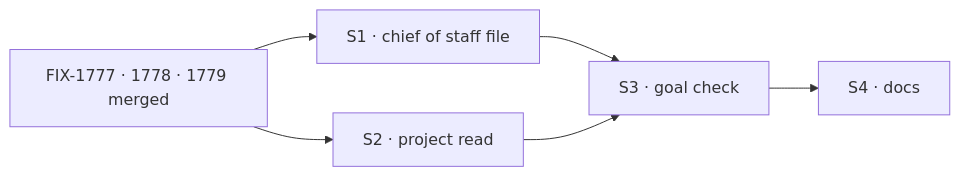
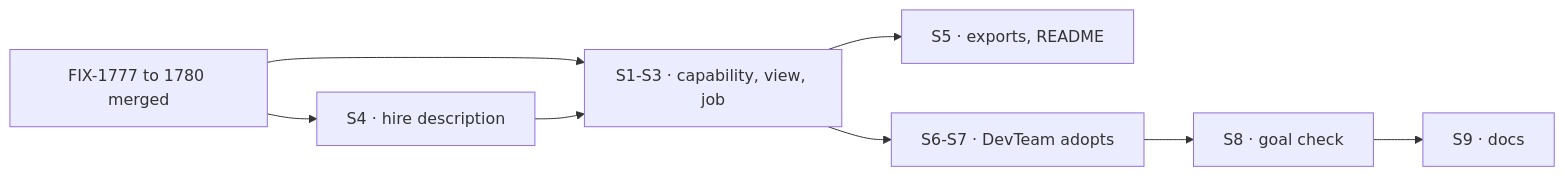
Before and after one commit to fixpoint-labs/flow-state-dev: the diagram in specs/issues/FIX-1774/PLAN.md, drawn with Mermaid. The commit also changed other lines of this file and 4 other files, not shown here.

First line of the commit message:
spec(FIX-1774): the coordinator's job as one Workforce capability

````diff
--- a/specs/issues/FIX-1774/PLAN.md
+++ b/specs/issues/FIX-1774/PLAN.md
@@ -36,8 +38,10 @@
 ```mermaid
 flowchart LR
-  D["FIX-1777 · 1778 · 1779 merged"] --> S1["S1 · chief of staff file"]
-  D --> S2["S2 · project read"]
-  S1 --> S3["S3 · goal check"]
-  S2 --> S3
-  S3 --> S4["S4 · docs"]
+  D["FIX-1777 to 1780 merged"] --> S4["S4 · hire description"]
+  D --> S1["S1-S3 · capability, view, job"]
+  S4 --> S1
+  S1 --> S5["S5 · exports, README"]
+  S1 --> S6["S6-S7 · DevTeam adopts"]
+  S6 --> S8["S8 · goal check"]
+  S8 --> S9["S9 · docs"]
 ```
````
